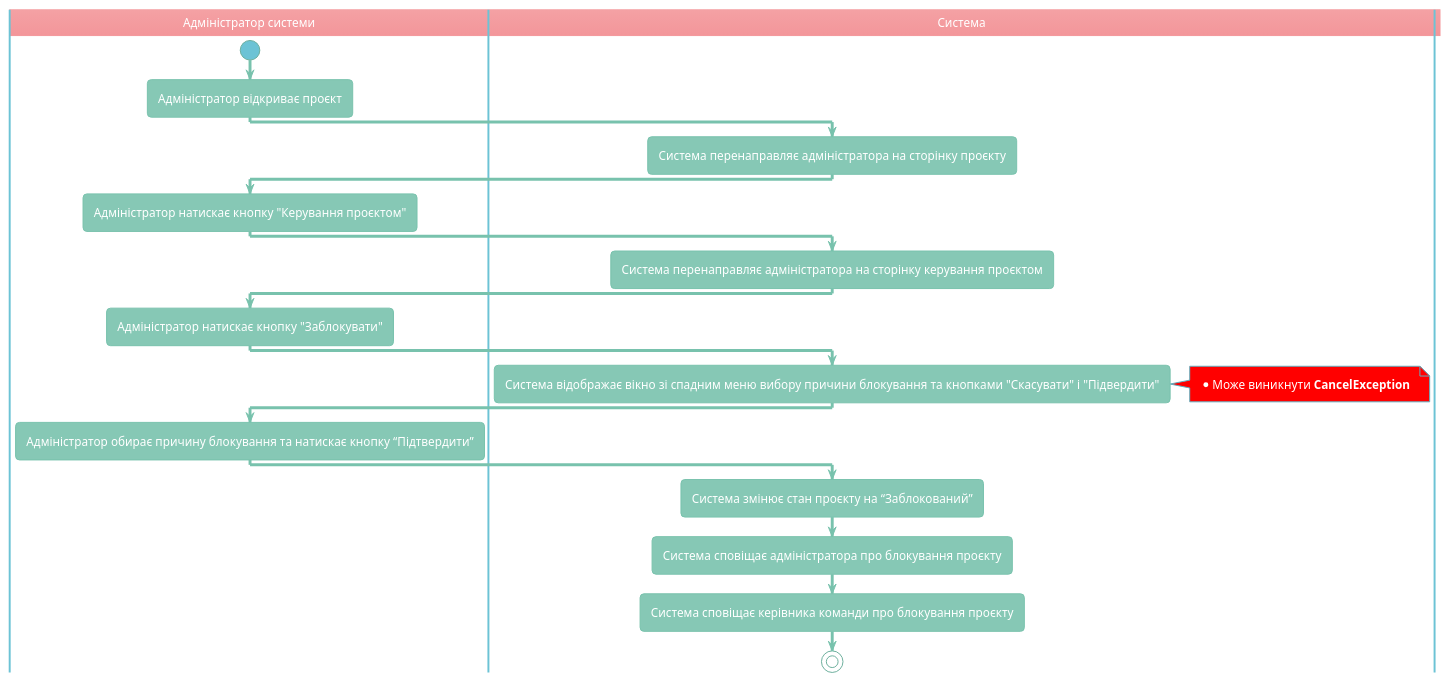
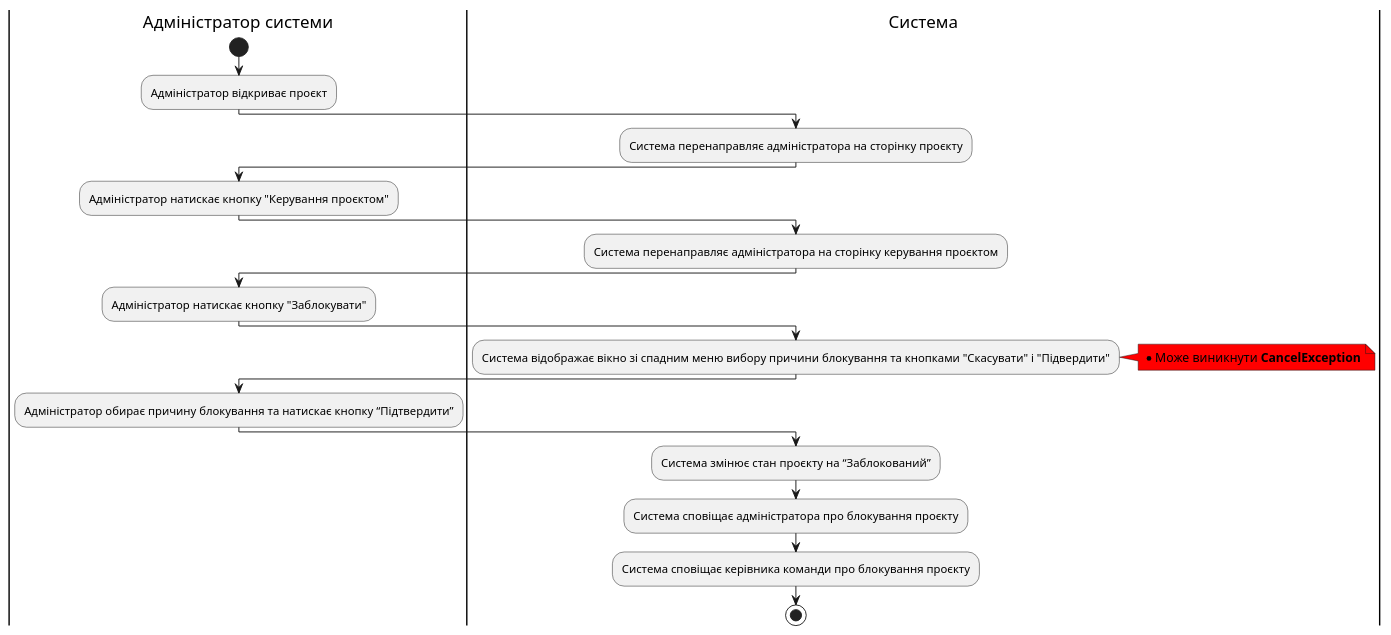
One commit to samoilenkomariia/db-coursework changed the second of 2 diagrams in docs/use cases/README.md. Above: the diagram before and after it, drawn with PlantUML.

Commit message:
remove theme in the diagram

```diff
--- a/docs/use cases/README.md
+++ b/docs/use cases/README.md
@@ -159,26 +159,25 @@
 @startuml
-!theme minty
-|<font color=white>Адміністратор системи|
+|Адміністратор системи|
 start
 :Адміністратор відкриває проєкт;
-|<font color=white>Система|
+|Система|
 :Система перенаправляє адміністратора на сторінку проєкту;
-|<font color=white>Адміністратор системи|
+|Адміністратор системи|
 :Адміністратор натискає кнопку "Керування проєктом";
-|<font color=white>Система|
+|Система|
 :Система перенаправляє адміністратора на сторінку керування проєктом;
-|<font color=white>Адміністратор системи|
+|Адміністратор системи|
 :Адміністратор натискає кнопку "Заблокувати";
-|<font color=white>Система|
+|Система|
 :Система відображає вікно зі спадним меню вибору причини блокування та кнопками "Скасувати" і "Підвердити";
 note right #red
     * Може виникнути <b>CancelException</b>
 end note
-|<font color=white>Адміністратор системи|
+|Адміністратор системи|
 :Адміністратор обирає причину блокування та натискає кнопку “Підтвердити”;
-|<font color=white>Система|
+|Система|
 :Система змінює стан проєкту на “Заблокований”;
 :Система сповіщає адміністратора про блокування проєкту;
 :Система сповіщає керівника команди про блокування проєкту;
 stop
 @enduml
```
